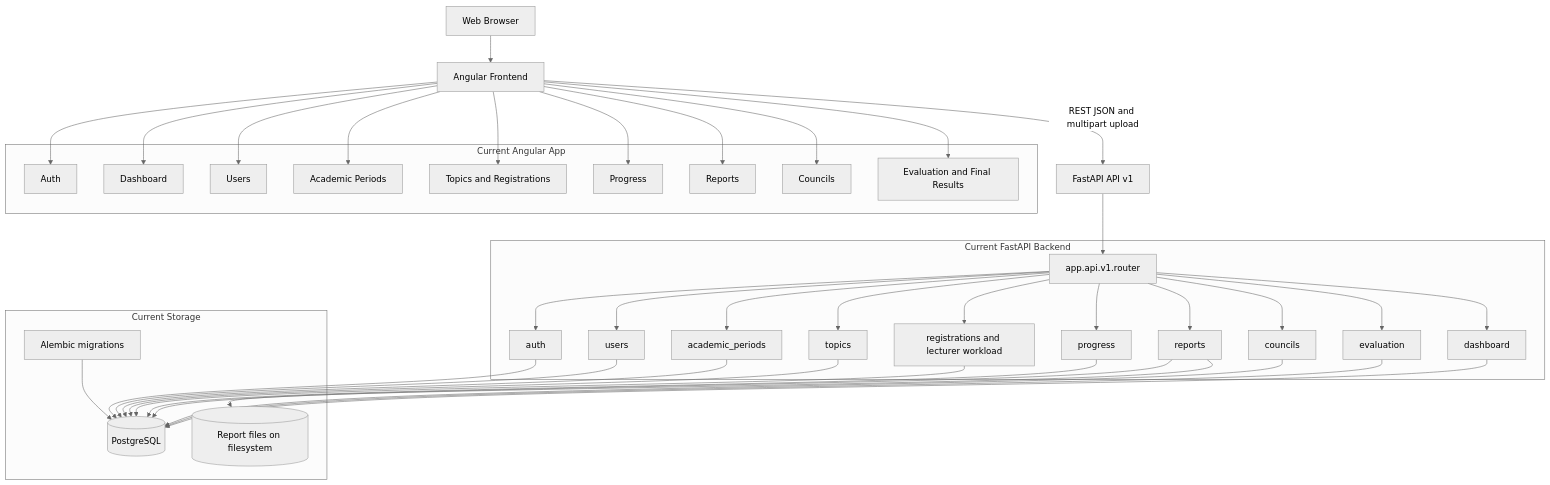
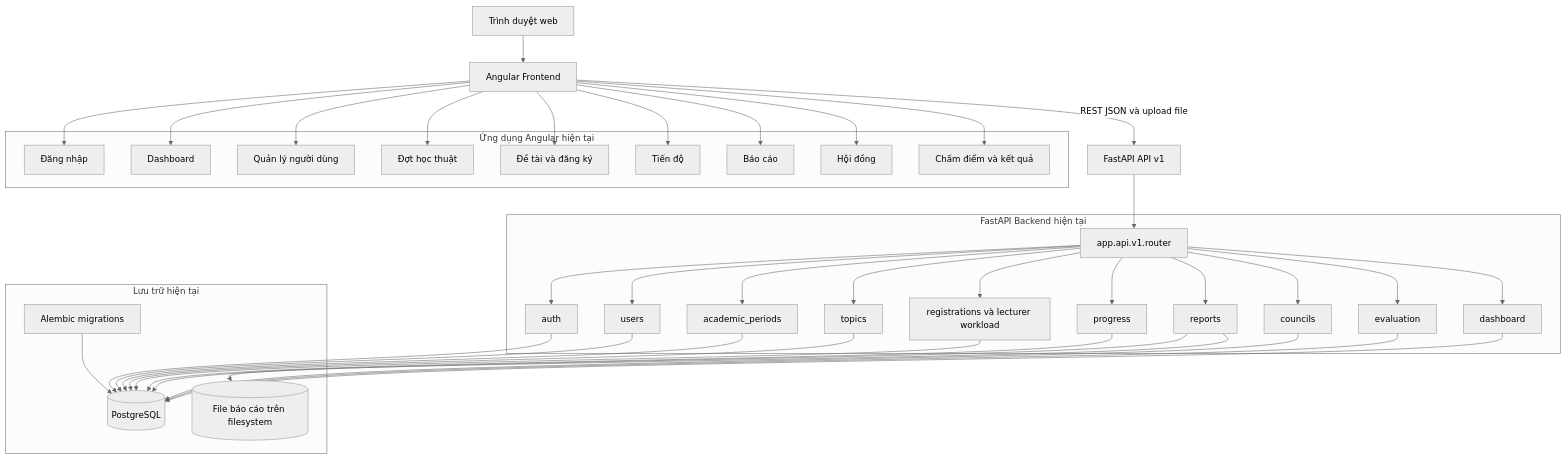
One commit to VanTruong475/research-thesis-portal changed the first of 10 diagrams in docs/diagrams_research_thesis_portal.md. Above: the diagram before and after it, drawn with Mermaid (neutral theme). The commit also changed other lines of this file, not shown here.

Commit message:
docs(diagrams): localize current project Mermaid diagrams

````diff
--- a/docs/diagrams_research_thesis_portal.md
+++ b/docs/diagrams_research_thesis_portal.md
@@ -11,73 +11,73 @@
 ```mermaid
 flowchart TB
-    Browser[Web Browser] --> Angular[Angular Frontend]
+    Browser["Trình duyệt web"] --> Angular["Angular Frontend"]
 
-    subgraph Frontend[Current Angular App]
-        AuthUI[Auth]
-        DashboardUI[Dashboard]
-        UsersUI[Users]
-        PeriodsUI[Academic Periods]
-        TopicsUI[Topics and Registrations]
-        ProgressUI[Progress]
-        ReportsUI[Reports]
-        CouncilsUI[Councils]
-        EvaluationUI[Evaluation and Final Results]
+    subgraph Frontend["Ứng dụng Angular hiện tại"]
+        AuthUI["Đăng nhập"]
+        DashboardUI["Dashboard"]
+        UsersUI["Quản lý người dùng"]
+        PeriodsUI["Đợt học thuật"]
+        TopicsUI["Đề tài và đăng ký"]
+        ProgressUI["Tiến độ"]
+        ReportsUI["Báo cáo"]
+        CouncilsUI["Hội đồng"]
+        EvaluationUI["Chấm điểm và kết quả"]
     end
 
     Angular --> AuthUI
     Angular --> DashboardUI
     Angular --> UsersUI
     Angular --> PeriodsUI
     Angular --> TopicsUI
     Angular --> ProgressUI
     Angular --> ReportsUI
     Angular --> CouncilsUI
     Angular --> EvaluationUI
 
-    Angular -->|REST JSON and multipart upload| API[FastAPI API v1]
+    Angular -->|"REST JSON và upload file"| API["FastAPI API v1"]
 
-    subgraph Backend[Current FastAPI Backend]
-        ApiRouter[app.api.v1.router]
-        AuthModule[auth]
-        UsersModule[users]
-        PeriodsModule[academic_periods]
-        TopicsModule[topics]
-        RegistrationsModule[registrations and lecturer workload]
-        ProgressModule[progress]
-        ReportsModule[reports]
-        CouncilsModule[councils]
-        EvaluationModule[evaluation]
-        DashboardModule[dashboard]
+    subgraph Backend["FastAPI Backend hiện tại"]
+        ApiRouter["app.api.v1.router"]
+        AuthModule["auth"]
+        UsersModule["users"]
+        PeriodsModule["academic_periods"]
+        TopicsModule["topics"]
+        RegistrationsModule["registrations và lecturer workload"]
+        ProgressModule["progress"]
+        ReportsModule["reports"]
+        CouncilsModule["councils"]
+        EvaluationModule["evaluation"]
+        DashboardModule["dashboard"]
     end
 
     API --> ApiRouter
     ApiRouter --> AuthModule
     ApiRouter --> UsersModule
     ApiRouter --> PeriodsModule
     ApiRouter --> TopicsModule
     ApiRouter --> RegistrationsModule
     ApiRouter --> ProgressModule
     ApiRouter --> ReportsModule
     ApiRouter --> CouncilsModule
     ApiRouter --> EvaluationModule
     ApiRouter --> DashboardModule
 
-    subgraph Storage[Current Storage]
-        PostgreSQL[(PostgreSQL)]
-        Uploads[(Report files on filesystem)]
-        Alembic[Alembic migrations]
+    subgraph Storage["Lưu trữ hiện tại"]
+        PostgreSQL[("PostgreSQL")]
+        Uploads[("File báo cáo trên filesystem")]
+        Alembic["Alembic migrations"]
     end
 
     AuthModule --> PostgreSQL
     UsersModule --> PostgreSQL
     PeriodsModule --> PostgreSQL
     TopicsModule --> PostgreSQL
     RegistrationsModule --> PostgreSQL
     ProgressModule --> PostgreSQL
     ReportsModule --> PostgreSQL
     CouncilsModule --> PostgreSQL
     EvaluationModule --> PostgreSQL
     DashboardModule --> PostgreSQL
     ReportsModule --> Uploads
     Alembic --> PostgreSQL
 ```
````
